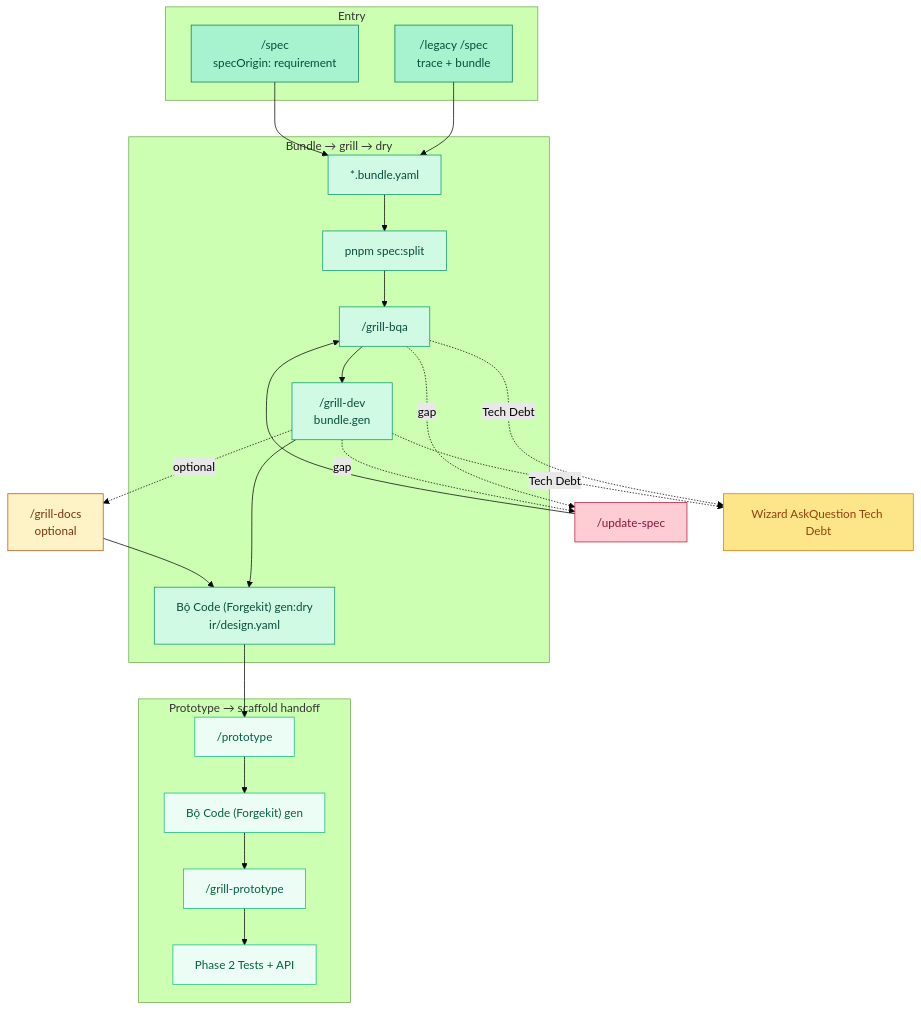
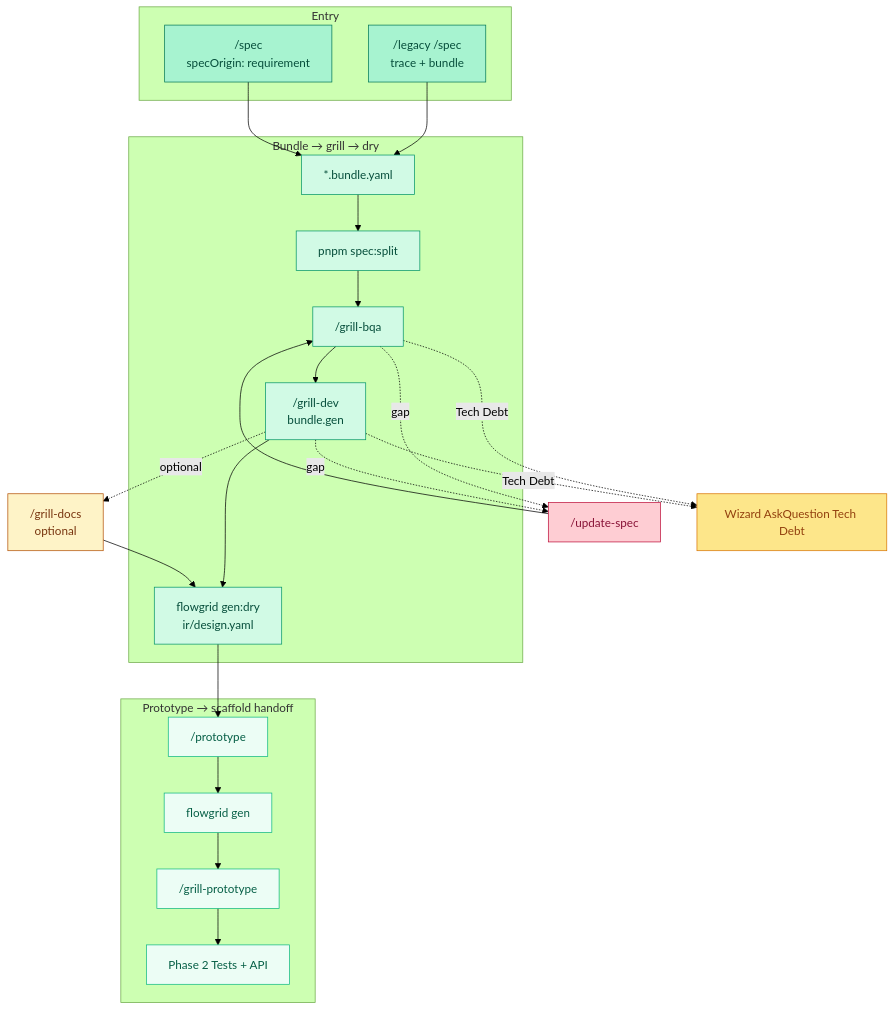
One commit to ShanYuCoder/flowgrid changed the fourth of 4 diagrams in docs/2-lifecycle/overview.md. Above: the diagram before and after it, drawn with Mermaid (forest theme). The commit also changed other lines of this file and 499 other files, not shown here.

````diff
--- a/docs/2-lifecycle/overview.md
+++ b/docs/2-lifecycle/overview.md
@@ -271,50 +271,50 @@
 ```mermaid
 flowchart TD
   subgraph IN["Entry"]
     LEG["/legacy /spec\ntrace + bundle"]
     SPEC["/spec\nspecOrigin: requirement"]
   end
 
   subgraph CORE["Bundle → grill → dry"]
     BUNDLE["*.bundle.yaml"]
     SPLIT["pnpm spec:split"]
     BQA["/grill-bqa"]
     DEV["/grill-dev\nbundle.gen"]
-    DRY["Bộ Code (Forgekit) gen:dry\nir/design.yaml"]
+    DRY["flowgrid gen:dry\nir/design.yaml"]
   end
 
   subgraph OUT["Prototype → scaffold handoff"]
     PR["/prototype"]
-    GEN["Bộ Code (Forgekit) gen"]
+    GEN["flowgrid gen"]
     GP["/grill-prototype"]
     NEXT["Phase 2 Tests + API"]
   end
 
   GW["/grill-docs\noptional"]
   US["/update-spec"]
   QA["Wizard AskQuestion Tech Debt"]
 
   LEG --> BUNDLE
   SPEC --> BUNDLE
   BUNDLE --> SPLIT --> BQA --> DEV --> DRY --> PR --> GEN --> GP --> NEXT
   DEV -.->|optional| GW --> DRY
   BQA -.->|gap| US
   DEV -.->|gap| US
   BQA -.->|Tech Debt| QA
   DEV -.->|Tech Debt| QA
   US --> BQA
 
   classDef entry fill:#A7F3D0,stroke:#047857,color:#064E3B
   classDef core fill:#D1FAE5,stroke:#059669,color:#064E3B
   classDef out fill:#ECFDF5,stroke:#10B981,color:#065F46
   classDef opt fill:#FEF3C7,stroke:#B45309,color:#78350F
   classDef gap fill:#FECDD3,stroke:#BE123C,color:#881337
   classDef qa fill:#FDE68A,stroke:#D97706,color:#92400E
 
   class LEG,SPEC entry
   class BUNDLE,SPLIT,BQA,DEV,DRY core
   class PR,GEN,GP,NEXT out
   class GW opt
   class US gap
   class QA qa
 ```
````
